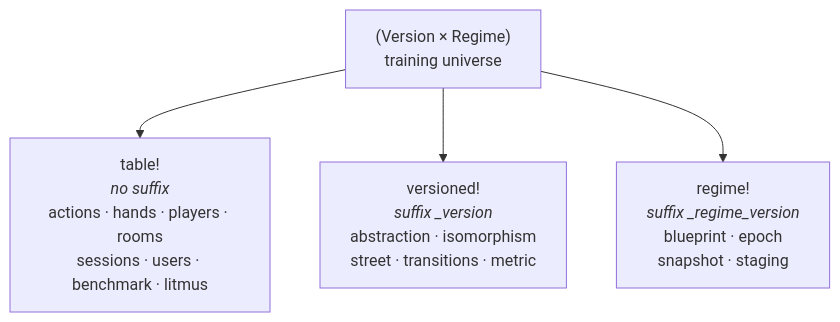
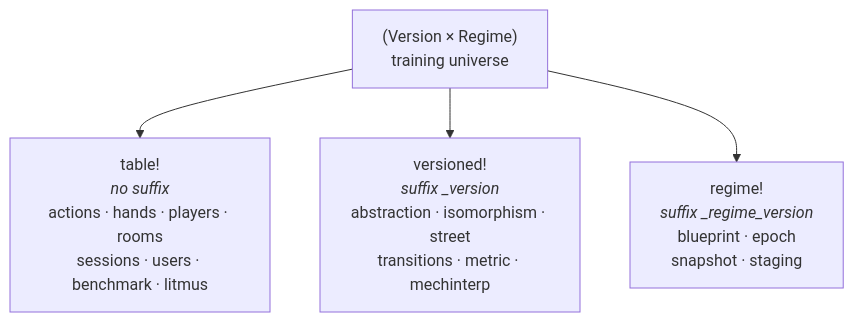
One commit to krukah/robopoker changed the first of 2 diagrams in crates/daybook/README.md. Above: the diagram before and after it, drawn with Mermaid. The commit also changed other lines of this file and 831 other files, not shown here.

````diff
--- a/crates/daybook/README.md
+++ b/crates/daybook/README.md
@@ -7,7 +7,7 @@
 ```mermaid
 flowchart TD
   U["(Version × Regime)<br/>training universe"]
   U --> T["table!<br/><i>no suffix</i><br/>actions · hands · players · rooms<br/>sessions · users · benchmark · litmus"]
-  U --> V["versioned!<br/><i>suffix _version</i><br/>abstraction · isomorphism<br/>street · transitions · metric"]
+  U --> V["versioned!<br/><i>suffix _version</i><br/>abstraction · isomorphism · street<br/>transitions · metric · mechinterp"]
   U --> R["regime!<br/><i>suffix _regime_version</i><br/>blueprint · epoch<br/>snapshot · staging"]
 ```
````
